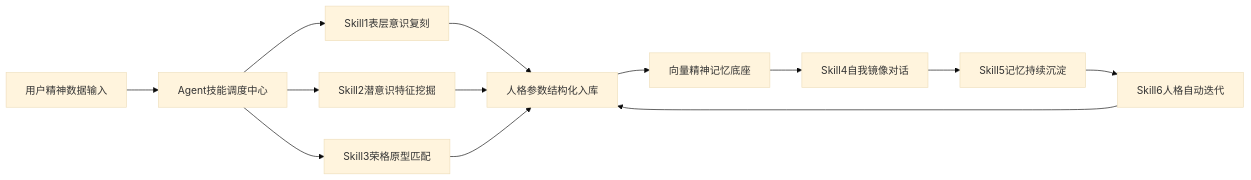
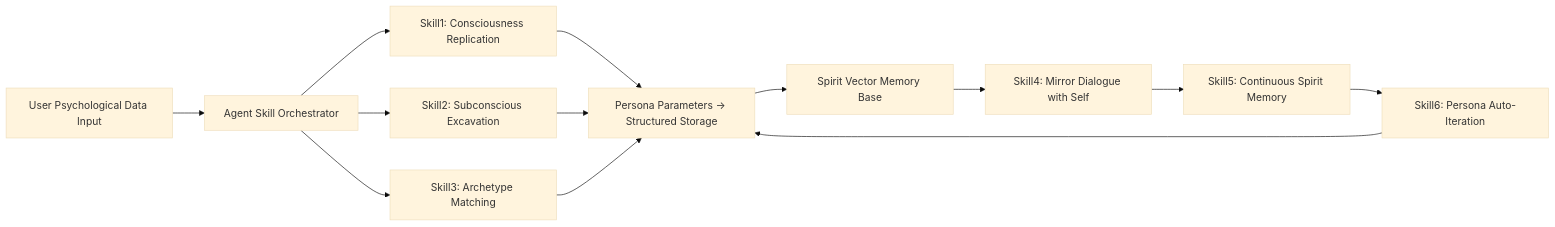
Before and after one commit to zhwenchao/jungian-soul-agent-skills: the diagram in flowchart/agent_flow.mermaid, drawn with Mermaid (base theme). The commit also changed 27 other files, not shown here.

```diff
--- a/flowchart/agent_flow.mermaid
+++ b/flowchart/agent_flow.mermaid
@@ -1,11 +1,11 @@
 flowchart LR
-    A[用户精神数据输入] --> B[Agent技能调度中心]
-    B --> C[Skill1表层意识复刻]
-    B --> D[Skill2潜意识特征挖掘]
-    B --> E[Skill3荣格原型匹配]
-    C & D & E --> F[人格参数结构化入库]
-    F --> G[向量精神记忆底座]
-    G --> H[Skill4自我镜像对话]
-    H --> I[Skill5记忆持续沉淀]
-    I --> J[Skill6人格自动迭代]
+    A[User Psychological Data Input] --> B[Agent Skill Orchestrator]
+    B --> C[Skill1: Consciousness Replication]
+    B --> D[Skill2: Subconscious Excavation]
+    B --> E[Skill3: Archetype Matching]
+    C & D & E --> F[Persona Parameters → Structured Storage]
+    F --> G[Spirit Vector Memory Base]
+    G --> H[Skill4: Mirror Dialogue with Self]
+    H --> I[Skill5: Continuous Spirit Memory]
+    I --> J[Skill6: Persona Auto-Iteration]
     J --> F
```
